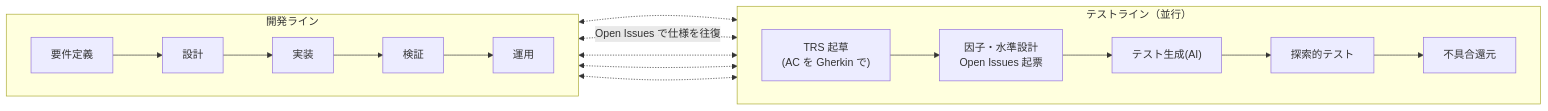
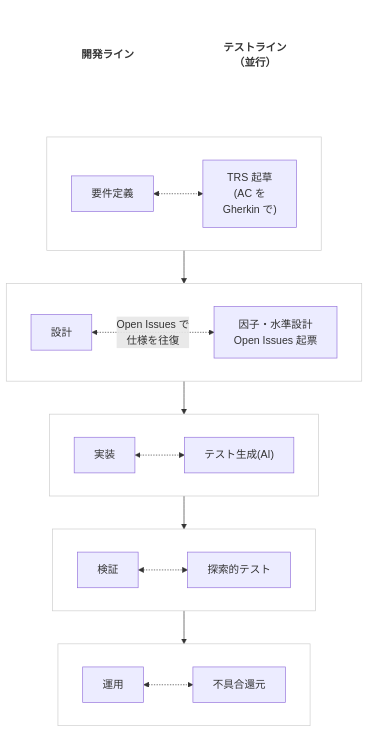
The first of 2 diagrams in docs/testing/01-test-policy.md (toshio-shiratori/harness-test-strategy), drawn with Mermaid before and after one commit. The commit also changed other lines of this file and 3 other files, not shown here.

First line of the commit message:
docs: docs/testing の横に長い Mermaid の図を本文の幅に収める (#204) (#207)

````diff
--- a/docs/testing/01-test-policy.md
+++ b/docs/testing/01-test-policy.md
@@ -29,16 +29,37 @@
 ```mermaid
-flowchart LR
-  subgraph DEV["開発ライン"]
+flowchart TB
+  subgraph H[" "]
     direction LR
-    D1["要件定義"] --> D2["設計"] --> D3["実装"] --> D4["検証"] --> D5["運用"]
+    HD["開発ライン"] ~~~ HT["テストライン<br/>（並行）"]
   end
-  subgraph TEST["テストライン（並行）"]
+  subgraph P1[" "]
     direction LR
-    T1["TRS 起草<br/>(AC を Gherkin で)"] --> T2["因子・水準設計<br/>Open Issues 起票"] --> T3["テスト生成(AI)"] --> T4["探索的テスト"] --> T5["不具合還元"]
+    D1["要件定義"] <-.-> T1["TRS 起草<br/>(AC を<br/>Gherkin で)"]
   end
-  D1 <-.-> T1
-  D2 <-. "Open Issues で仕様を往復" .-> T2
-  D3 <-.-> T3
-  D4 <-.-> T4
-  D5 <-.-> T5
+  subgraph P2[" "]
+    direction LR
+    D2["設計"] <-. "Open Issues で<br/>仕様を往復" .-> T2["因子・水準設計<br/>Open Issues 起票"]
+  end
+  subgraph P3[" "]
+    direction LR
+    D3["実装"] <-.-> T3["テスト生成(AI)"]
+  end
+  subgraph P4[" "]
+    direction LR
+    D4["検証"] <-.-> T4["探索的テスト"]
+  end
+  subgraph P5[" "]
+    direction LR
+    D5["運用"] <-.-> T5["不具合還元"]
+  end
+  H ~~~ P1
+  P1 --> P2 --> P3 --> P4 --> P5
+  classDef head fill:none,stroke:none,font-weight:bold
+  class HD,HT head
+  style H fill:none,stroke:none
+  style P1 fill:none,stroke:#ccc
+  style P2 fill:none,stroke:#ccc
+  style P3 fill:none,stroke:#ccc
+  style P4 fill:none,stroke:#ccc
+  style P5 fill:none,stroke:#ccc
 ```
````
